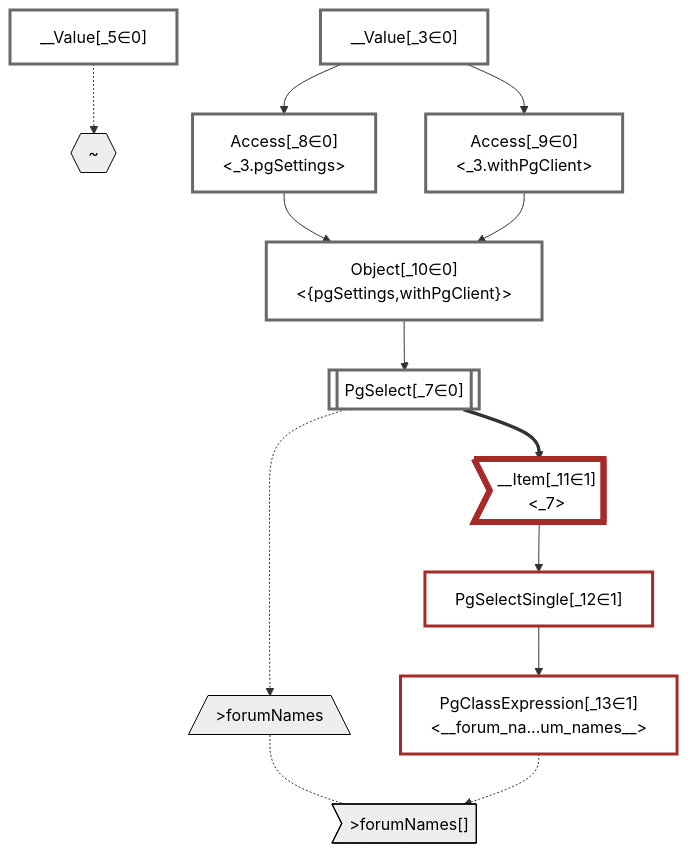
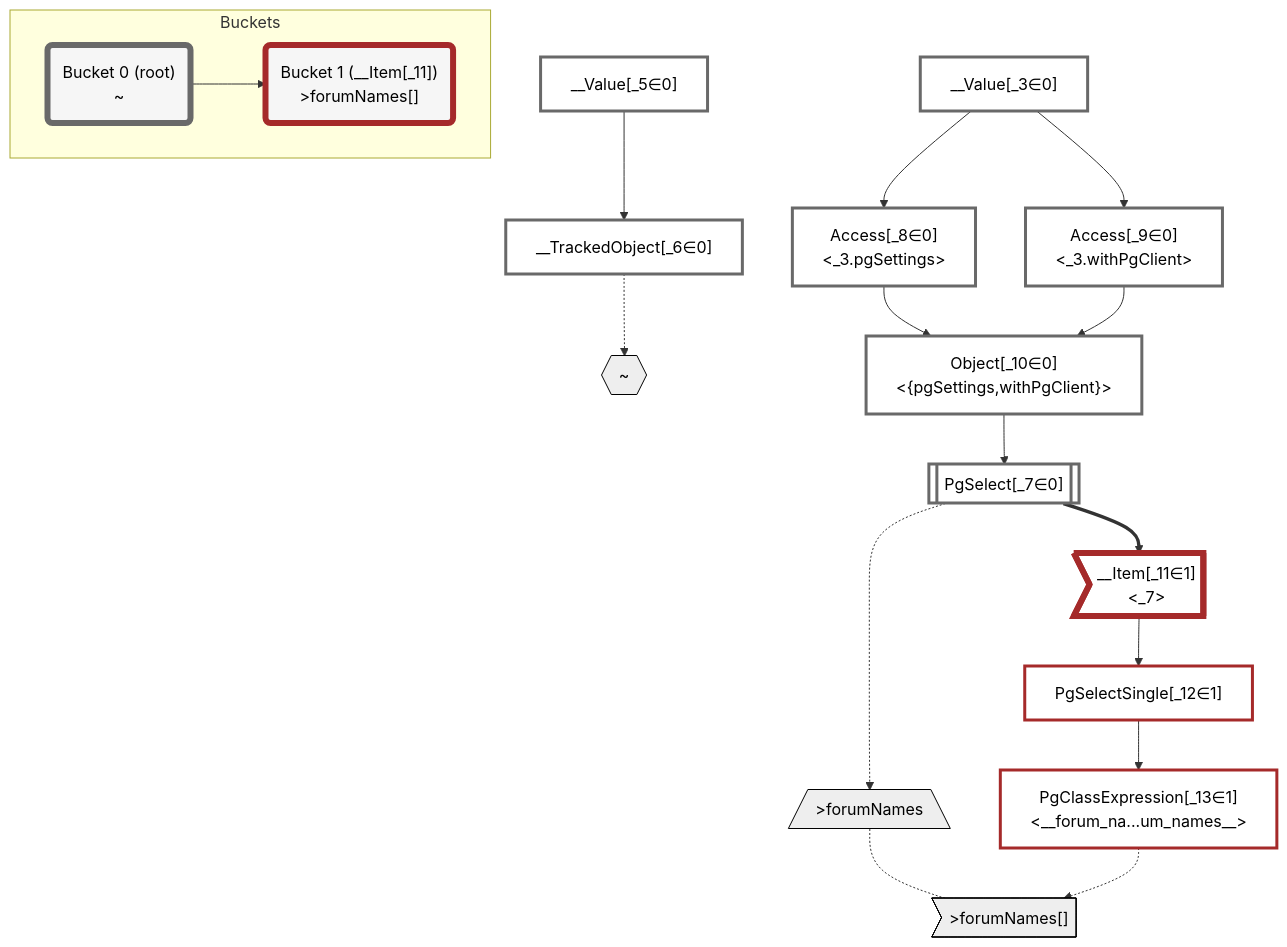
The diagram in packages/dataplan-pg/__tests__/queries/functions/custom-query-forum-names.deopt.mermaid.md (graphile/crystal), drawn with Mermaid before and after one commit. The commit also changed 195 other files, not shown here.

````diff
--- a/packages/dataplan-pg/__tests__/queries/functions/custom-query-forum-names.deopt.mermaid.md
+++ b/packages/dataplan-pg/__tests__/queries/functions/custom-query-forum-names.deopt.mermaid.md
@@ -1,47 +1,58 @@
 ```mermaid
 graph TD
     classDef path fill:#eee,stroke:#000,color:#000
     classDef plan fill:#fff,stroke-width:3px,color:#000
     classDef itemplan fill:#fff,stroke-width:6px,color:#000
     classDef sideeffectplan fill:#f00,stroke-width:6px,color:#000
+    classDef bucket fill:#f6f6f6,color:#000,stroke-width:6px
 
     %% subgraph fields
     P1{{"~"}}:::path
     P2[/">forumNames"\]:::path
     P3>">forumNames[]"]:::path
     P2 -.- P3
     %% P1 -.-> P2
     %% end
 
     %% define plans
     __Value_3["__Value[_3∈0]<br /><context>"]:::plan
     __Value_5["__Value[_5∈0]<br /><rootValue>"]:::plan
+    __TrackedObject_6["__TrackedObject[_6∈0]"]:::plan
     PgSelect_7[["PgSelect[_7∈0]<br /><forum_names>"]]:::plan
     Access_8["Access[_8∈0]<br /><_3.pgSettings>"]:::plan
     Access_9["Access[_9∈0]<br /><_3.withPgClient>"]:::plan
     Object_10["Object[_10∈0]<br /><{pgSettings,withPgClient}>"]:::plan
     __Item_11>"__Item[_11∈1]<br /><_7>"]:::itemplan
     PgSelectSingle_12["PgSelectSingle[_12∈1]<br /><text>"]:::plan
     PgClassExpression_13["PgClassExpression[_13∈1]<br /><__forum_na...um_names__>"]:::plan
 
     %% plan dependencies
+    __Value_5 --> __TrackedObject_6
     Object_10 --> PgSelect_7
     __Value_3 --> Access_8
     __Value_3 --> Access_9
     Access_8 --> Object_10
     Access_9 --> Object_10
     PgSelect_7 ==> __Item_11
     __Item_11 --> PgSelectSingle_12
     PgSelectSingle_12 --> PgClassExpression_13
 
     %% plan-to-path relationships
-    __Value_5 -.-> P1
+    __TrackedObject_6 -.-> P1
     PgSelect_7 -.-> P2
     PgClassExpression_13 -.-> P3
 
     %% allocate buckets
     classDef bucket0 stroke:#696969
-    class __Value_3,__Value_5,PgSelect_7,Access_8,Access_9,Object_10 bucket0
+    class __Value_3,__Value_5,__TrackedObject_6,PgSelect_7,Access_8,Access_9,Object_10 bucket0
     classDef bucket1 stroke:#a52a2a
     class __Item_11,PgSelectSingle_12,PgClassExpression_13 bucket1
+
+    subgraph Buckets
+    Bucket0("Bucket 0 (root)<br />~"):::bucket
+    style Bucket0 stroke:#696969
+    Bucket1("Bucket 1 (__Item[_11])<br />>forumNames[]"):::bucket
+    style Bucket1 stroke:#a52a2a
+    Bucket0 --> Bucket1
+    end
 ```
````
